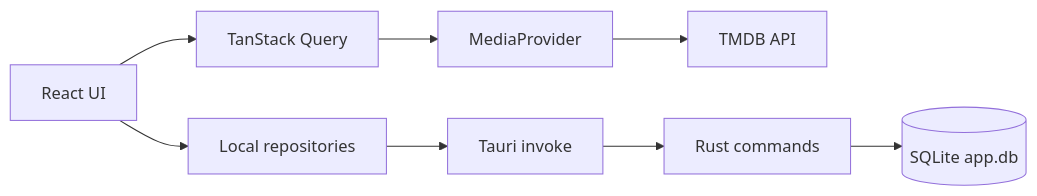
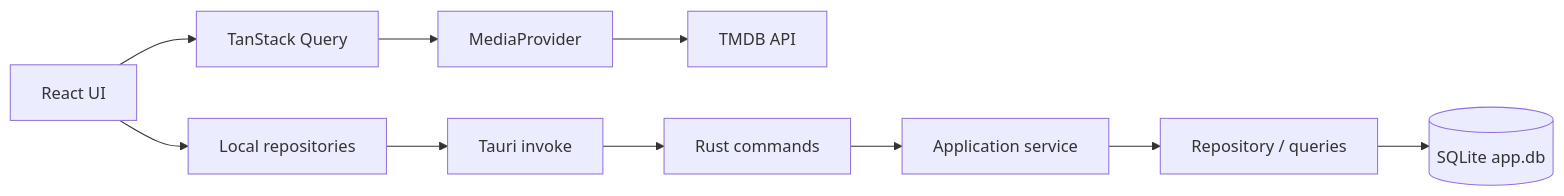
Before and after one commit to Arrows78/cinetrack: the diagram in docs/architecture.md, drawn with Mermaid. The commit also changed other lines of this file and 1 other file, not shown here.

First line of the commit message:
docs(architecture): document crate-root domain slices

````diff
--- a/docs/architecture.md
+++ b/docs/architecture.md
@@ -9,11 +9,13 @@
 ```mermaid
 flowchart LR
     UI[React UI] --> Q[TanStack Query]
     Q --> MP[MediaProvider]
     MP --> TMDB[TMDB API]
 
     UI --> LR[Local repositories]
     LR --> IPC[Tauri invoke]
     IPC --> CMD[Rust commands]
-    CMD --> DB[(SQLite app.db)]
+    CMD --> SVC[Application service]
+    SVC --> REPO[Repository / queries]
+    REPO --> DB[(SQLite app.db)]
 ```
````
